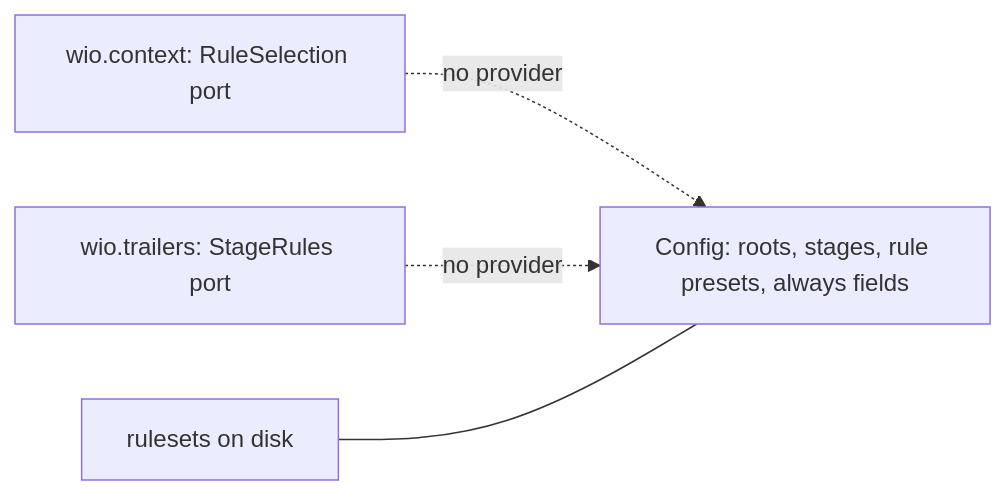
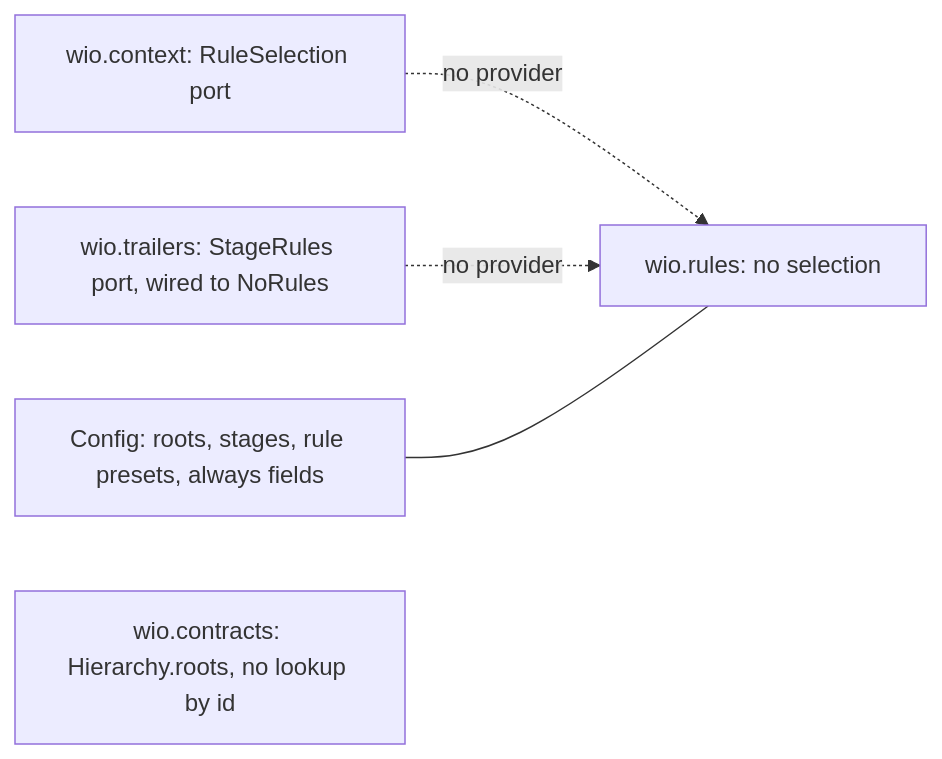
Before and after one commit to msitarz/wio: the first of 2 diagrams in .agents/wio/works/wio-rules/selection/README.md, drawn with Mermaid. The commit also changed other lines of this file and 6 other files, not shown here.

First line of the commit message:
docs(rules): record the effects of the layers and settle the selection after the second group review

````diff
--- a/.agents/wio/works/wio-rules/selection/README.md
+++ b/.agents/wio/works/wio-rules/selection/README.md
@@ -105,10 +93,11 @@
 ```mermaid
 flowchart LR
     cfg["Config: roots, stages, rule presets, always fields"]
-    rules["rulesets on disk"]
+    none["wio.rules: no selection"]
     ctx["wio.context: RuleSelection port"]
-    trl["wio.trailers: StageRules port"]
-    ctx -. "no provider" .-> cfg
-    trl -. "no provider" .-> cfg
-    rules --- cfg
+    trl["wio.trailers: StageRules port, wired to NoRules"]
+    contracts["wio.contracts: Hierarchy.roots, no lookup by id"]
+    ctx -. "no provider" .-> none
+    trl -. "no provider" .-> none
+    cfg --- none
 ```
````
